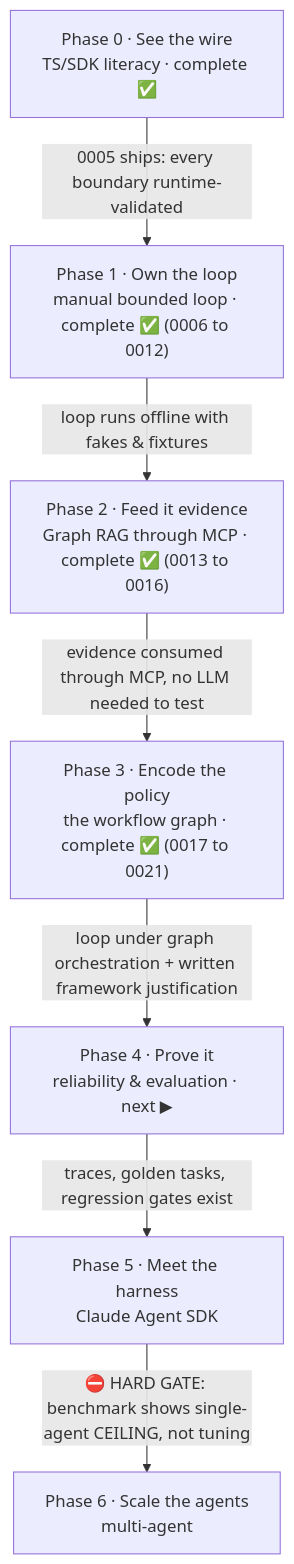
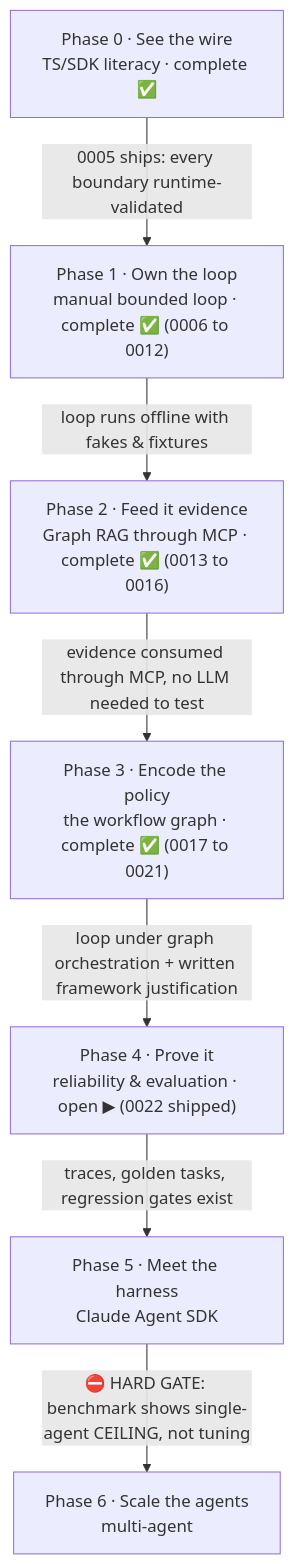
One commit to JozsefKiss90/TS changed the first of 7 diagrams in wiki/course/course-module-graph.md. Above: the diagram before and after it, drawn with Mermaid. The commit also changed other lines of this file and 15 other files, not shown here.

First line of the commit message:
Ship lesson 0022 - What the Run Cost; lab 14-reliability; Phase 4 opens

````diff
--- a/wiki/course/course-module-graph.md
+++ b/wiki/course/course-module-graph.md
@@ -17,16 +17,16 @@
 ```mermaid
 flowchart TD
     P0["Phase 0 · See the wire<br/>TS/SDK literacy · complete ✅"]
     P1["Phase 1 · Own the loop<br/>manual bounded loop · complete ✅ (0006 to 0012)"]
     P2["Phase 2 · Feed it evidence<br/>Graph RAG through MCP · complete ✅ (0013 to 0016)"]
     P3["Phase 3 · Encode the policy<br/>the workflow graph · complete ✅ (0017 to 0021)"]
-    P4["Phase 4 · Prove it<br/>reliability & evaluation · next ▶"]
+    P4["Phase 4 · Prove it<br/>reliability & evaluation · open ▶ (0022 shipped)"]
     P5["Phase 5 · Meet the harness<br/>Claude Agent SDK"]
     P6["Phase 6 · Scale the agents<br/>multi-agent"]
     P0 -->|"0005 ships: every boundary runtime-validated"| P1
     P1 -->|"loop runs offline with fakes & fixtures"| P2
     P2 -->|"evidence consumed through MCP, no LLM needed to test"| P3
     P3 -->|"loop under graph orchestration + written framework justification"| P4
     P4 -->|"traces, golden tasks, regression gates exist"| P5
     P5 -->|"⛔ HARD GATE: benchmark shows single-agent CEILING, not tuning"| P6
 ```
````
